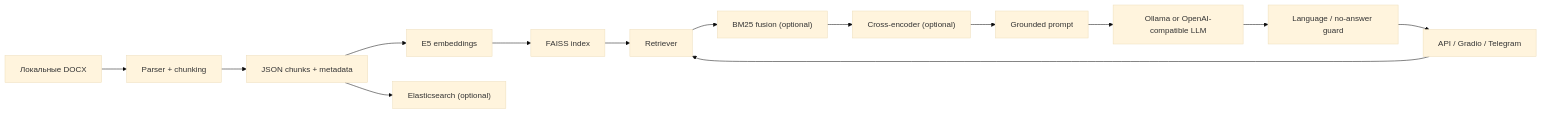
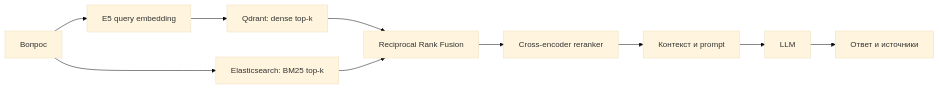
One commit to 1stefer1/Rag_Social_Treasury changed the first of 2 diagrams in README.md. Above: the diagram before and after it, drawn with Mermaid (base theme). The commit also changed other lines of this file and 27 other files, not shown here.

````diff
--- a/README.md
+++ b/README.md
@@ -20,17 +7,12 @@
 ```mermaid
 flowchart LR
-    DOCX["Локальные DOCX"] --> PARSE["Parser + chunking"]
-    PARSE --> JSON["JSON chunks + metadata"]
-    JSON --> EMB["E5 embeddings"]
-    EMB --> FAISS["FAISS index"]
-    JSON --> ES["Elasticsearch (optional)"]
-
-    USER["API / Gradio / Telegram"] --> RET["Retriever"]
-    FAISS --> RET
-    RET --> BM25["BM25 fusion (optional)"]
-    BM25 --> RERANK["Cross-encoder (optional)"]
-    RERANK --> PROMPT["Grounded prompt"]
-    PROMPT --> LLM["Ollama or OpenAI-compatible LLM"]
-    LLM --> GUARD["Language / no-answer guard"]
-    GUARD --> USER
+    Q["Вопрос"] --> E["E5 query embedding"]
+    E --> QD["Qdrant: dense top-k"]
+    Q --> ES["Elasticsearch: BM25 top-k"]
+    QD --> RRF["Reciprocal Rank Fusion"]
+    ES --> RRF
+    RRF --> RR["Cross-encoder reranker"]
+    RR --> P["Контекст и prompt"]
+    P --> LLM["LLM"]
+    LLM --> A["Ответ и источники"]
 ```
````
